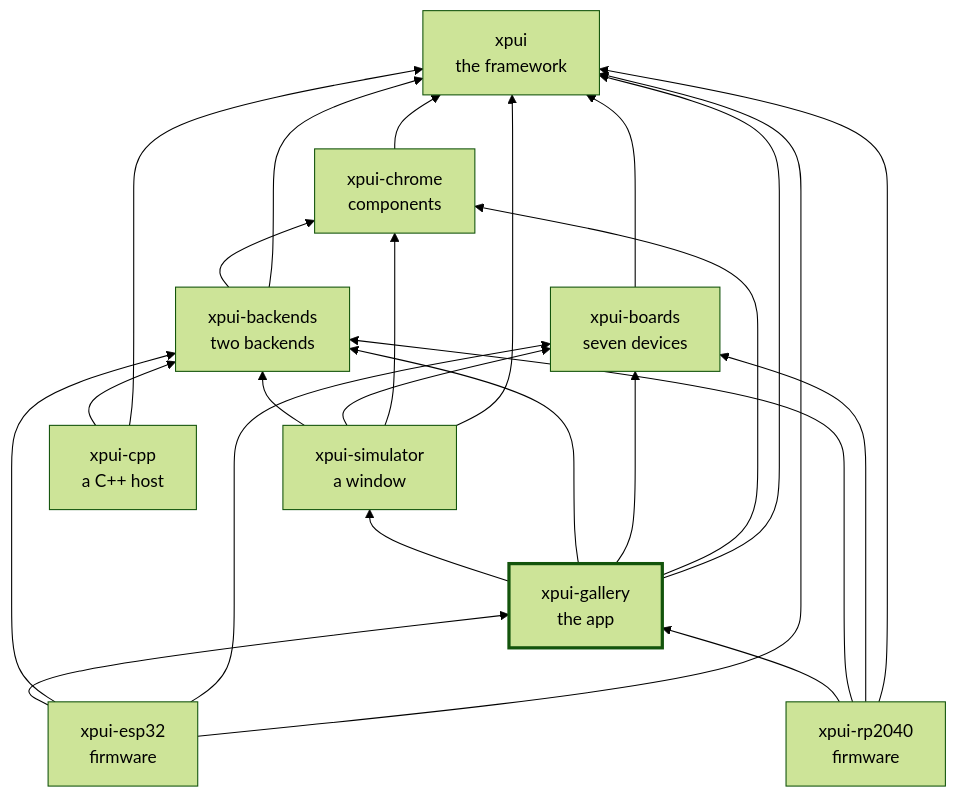
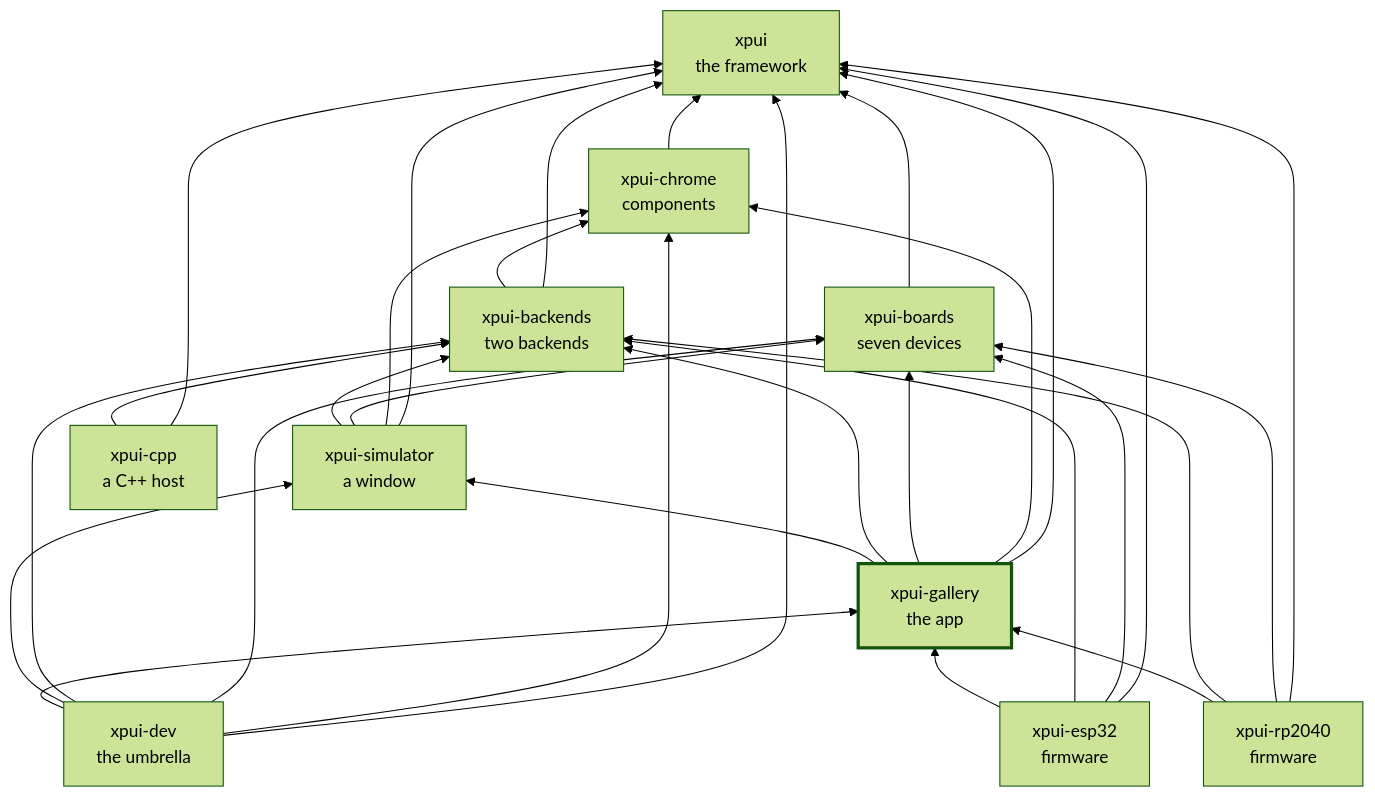
Before and after one commit to XPUI-Framework/xpui-gallery: the diagram in README.md, drawn with Mermaid (forest theme). The commit also changed 9 other files, not shown here.

````diff
--- a/README.md
+++ b/README.md
@@ -77,36 +77,43 @@
 ```mermaid
 flowchart BT
   xpui["xpui<br/>the framework"]
   chrome["xpui-chrome<br/>components"]
   boards["xpui-boards<br/>seven devices"]
   backends["xpui-backends<br/>two backends"]
   simulator["xpui-simulator<br/>a window"]
   gallery["xpui-gallery<br/>the app"]
   rp2040["xpui-rp2040<br/>firmware"]
   esp32["xpui-esp32<br/>firmware"]
   cpp["xpui-cpp<br/>a C++ host"]
+  dev["xpui-dev<br/>the umbrella"]
   chrome --> xpui
   boards --> xpui
   backends --> xpui
   backends --> chrome
   simulator --> xpui
   simulator --> chrome
   simulator --> boards
   simulator --> backends
   gallery --> xpui
   gallery --> chrome
   gallery --> boards
   gallery --> backends
   gallery --> simulator
   rp2040 --> xpui
   rp2040 --> boards
   rp2040 --> backends
   rp2040 --> gallery
   esp32 --> xpui
   esp32 --> boards
   esp32 --> backends
   esp32 --> gallery
   cpp --> xpui
   cpp --> backends
+  dev --> xpui
+  dev --> chrome
+  dev --> boards
+  dev --> backends
+  dev --> simulator
+  dev --> gallery
   style gallery stroke-width:3px
 ```
````
